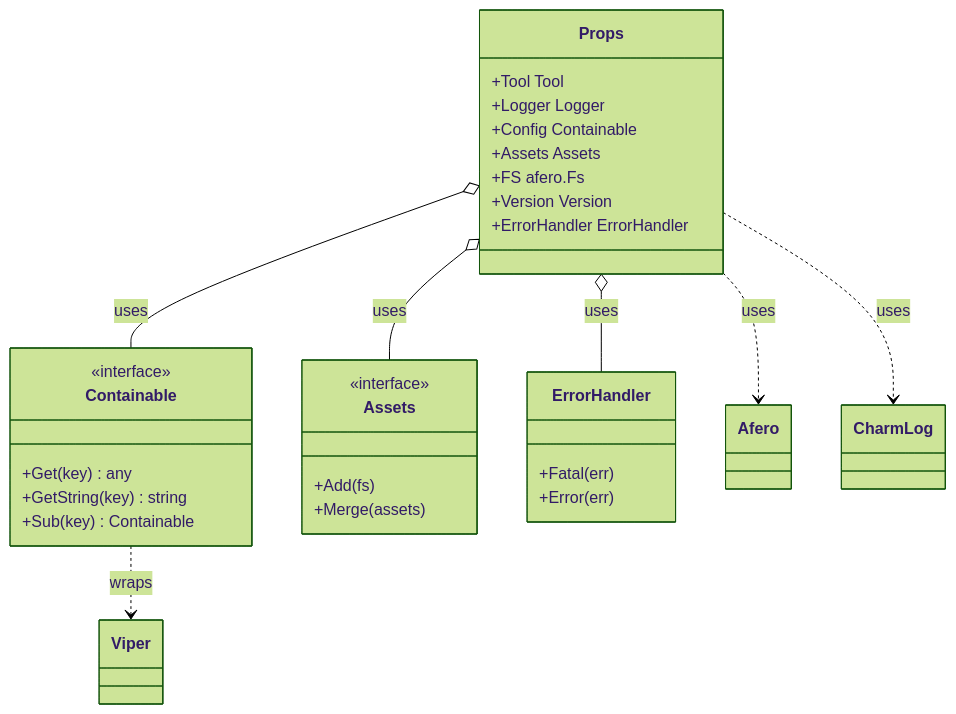
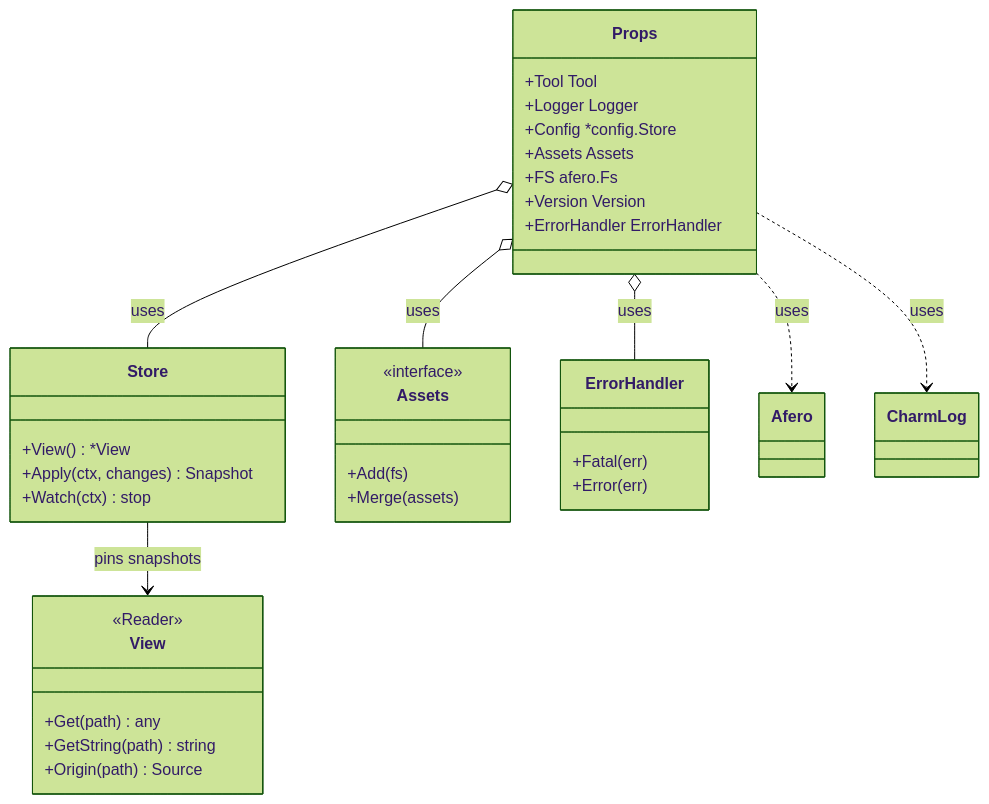
The first of 2 diagrams in docs/explanation/concepts/architecture.md (phpboyscout/go-tool-base), drawn with Mermaid (forest theme) before and after one commit. The commit also changed 8 other files, not shown here.

````diff
--- a/docs/explanation/concepts/architecture.md
+++ b/docs/explanation/concepts/architecture.md
@@ -17,35 +17,40 @@
 ```mermaid
 classDiagram
     class Props {
         +Tool Tool
         +Logger Logger
-        +Config Containable
+        +Config *config.Store
         +Assets Assets
         +FS afero.Fs
         +Version Version
         +ErrorHandler ErrorHandler
     }
-    class Containable {
-        <<interface>>
-        +Get(key) any
-        +GetString(key) string
-        +Sub(key) Containable
+    class Store {
+        +View() *View
+        +Apply(ctx, changes) Snapshot
+        +Watch(ctx) stop
+    }
+    class View {
+        <<Reader>>
+        +Get(path) any
+        +GetString(path) string
+        +Origin(path) Source
     }
     class Assets {
         <<interface>>
         +Add(fs)
         +Merge(assets)
     }
     class ErrorHandler {
         +Fatal(err)
         +Error(err)
     }
 
-    Props o-- Containable : uses
+    Props o-- Store : uses
     Props o-- Assets : uses
     Props o-- ErrorHandler : uses
 
-    Containable ..> Viper : wraps
+    Store --> View : pins snapshots
     Props ..> Afero : uses
     Props ..> CharmLog : uses
 ```
````
